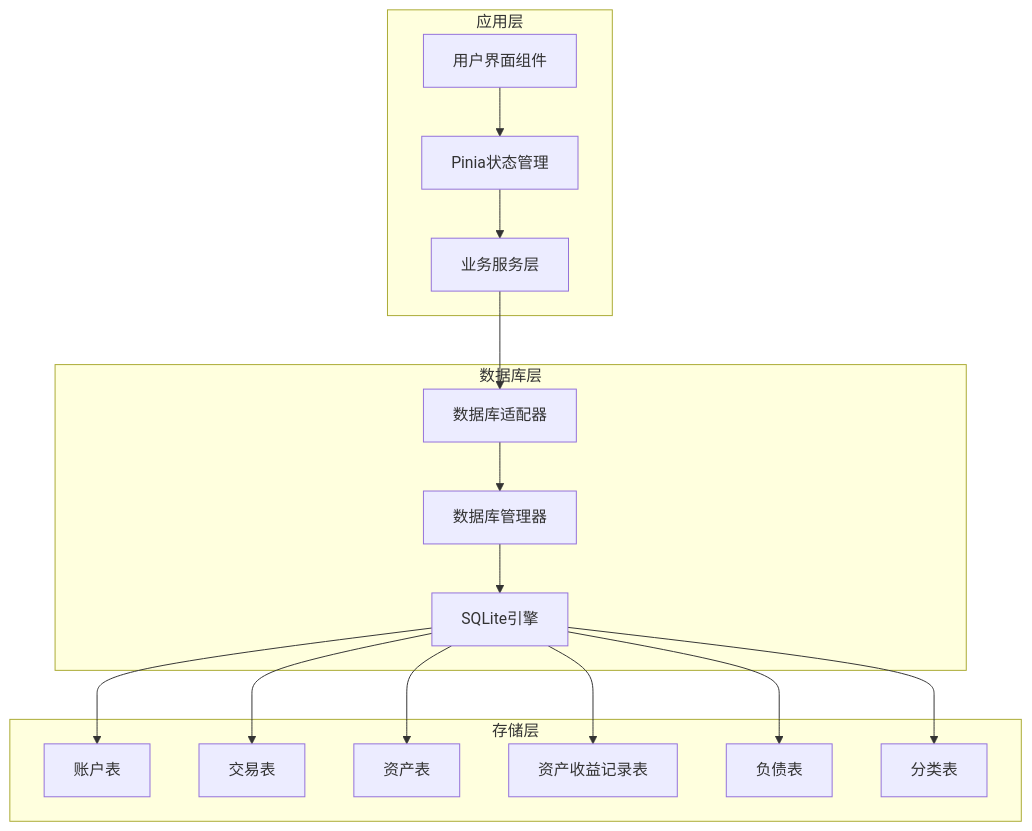
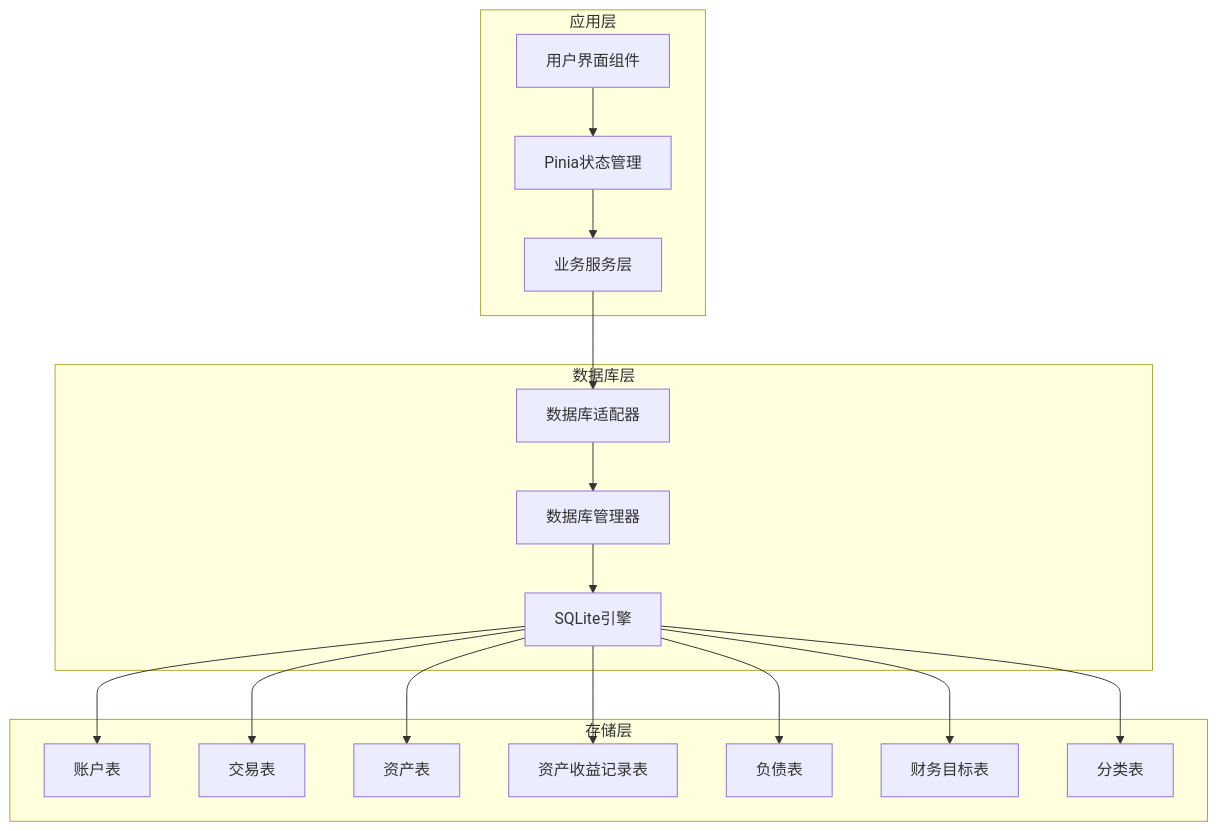
Before and after one commit to xiao-lin-unit/yuan: the first of 10 diagrams in .qoder/repowiki/zh/content/数据库管理/数据库设计.md, drawn with Mermaid. The commit also changed other lines of this file and 51 other files, not shown here.

````diff
--- a/.qoder/repowiki/zh/content/数据库管理/数据库设计.md
+++ b/.qoder/repowiki/zh/content/数据库管理/数据库设计.md
@@ -50,32 +50,34 @@
 ```mermaid
 graph TB
 subgraph "应用层"
 UI[用户界面组件]
 Store[Pinia状态管理]
 Service[业务服务层]
 end
 subgraph "数据库层"
 Adapter[数据库适配器]
 Manager[数据库管理器]
 SQLite[SQLite引擎]
 end
 subgraph "存储层"
 Accounts[账户表]
 Transactions[交易表]
 Assets[资产表]
 AssetIncomeRecords[资产收益记录表]
 Liabilities[负债表]
+FinancialGoals[财务目标表]
 Categories[分类表]
 end
 UI --> Store
 Store --> Service
 Service --> Adapter
 Adapter --> Manager
 Manager --> SQLite
 SQLite --> Accounts
 SQLite --> Transactions
 SQLite --> Assets
 SQLite --> AssetIncomeRecords
 SQLite --> Liabilities
+SQLite --> FinancialGoals
 SQLite --> Categories
 ```
````
